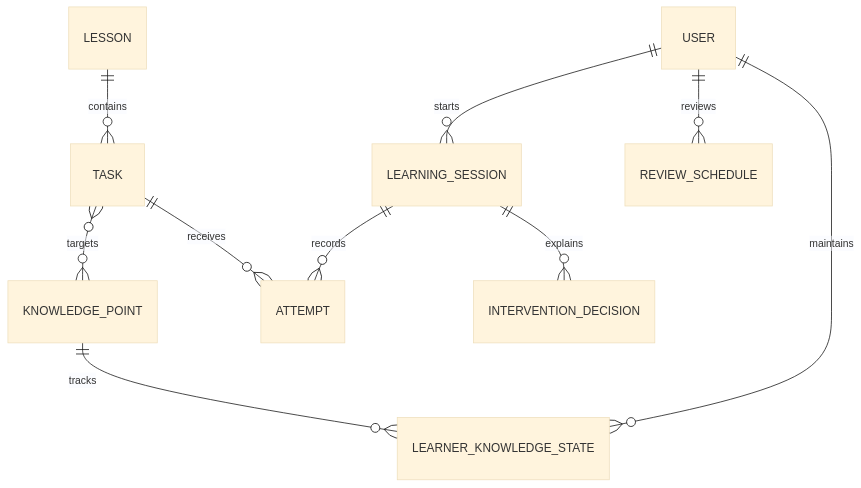
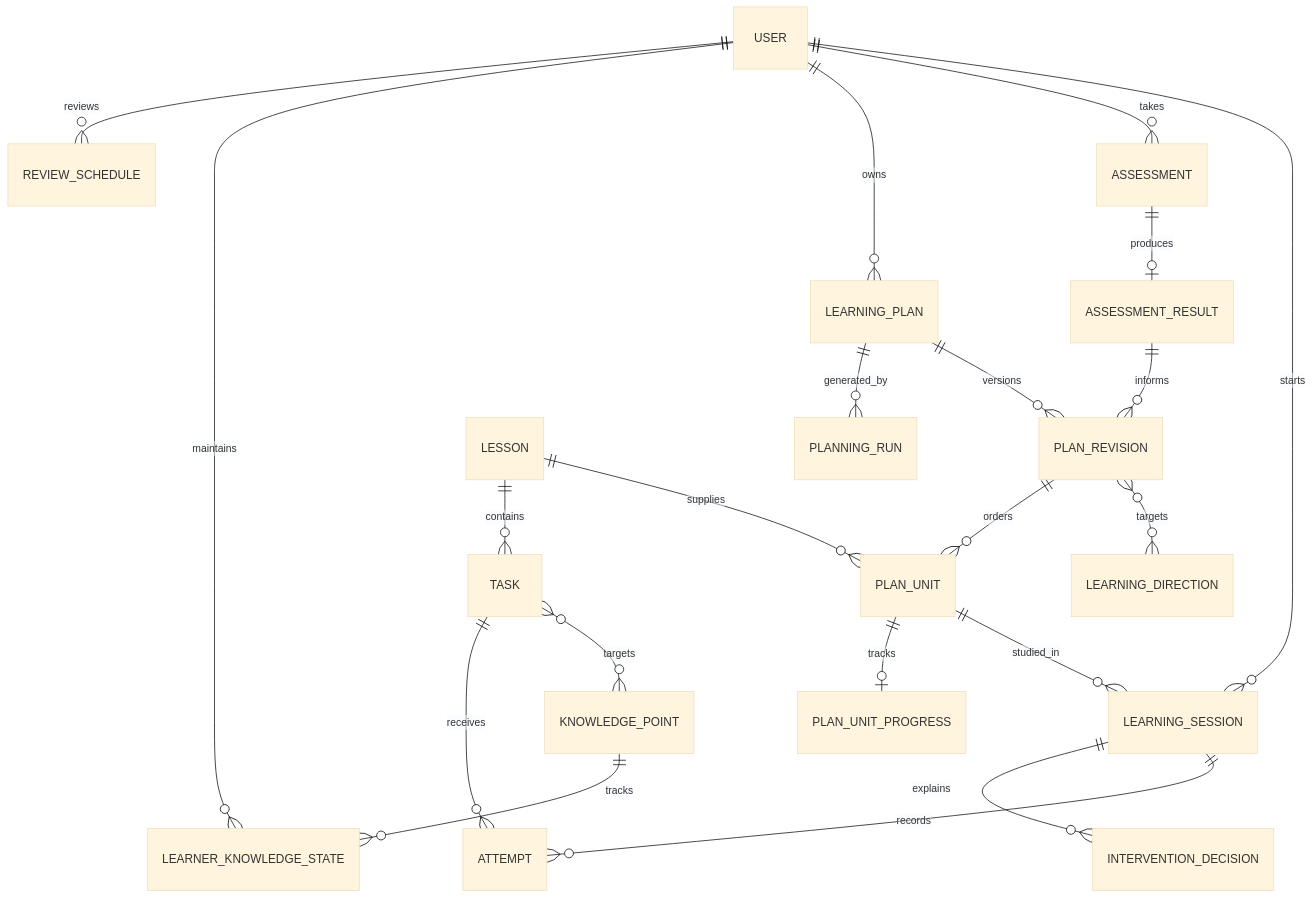
One commit to tianyew/OwlOwlGo-ECNU changed the diagram in docs/software/data-model.md. Above: the diagram before and after it, drawn with Mermaid (base theme). The commit also changed other lines of this file and 5 other files, not shown here.

````diff
--- a/docs/software/data-model.md
+++ b/docs/software/data-model.md
@@ -22,12 +34,23 @@
 ```mermaid
 erDiagram
   USER ||--o{ LEARNING_SESSION : starts
+  USER ||--o{ ASSESSMENT : takes
+  ASSESSMENT ||--o| ASSESSMENT_RESULT : produces
+  USER ||--o{ LEARNING_PLAN : owns
+  LEARNING_PLAN ||--o{ PLAN_REVISION : versions
+  ASSESSMENT_RESULT ||--o{ PLAN_REVISION : informs
+  PLAN_REVISION }o--o{ LEARNING_DIRECTION : targets
+  PLAN_REVISION ||--o{ PLAN_UNIT : orders
+  LESSON ||--o{ PLAN_UNIT : supplies
+  PLAN_UNIT ||--o{ LEARNING_SESSION : studied_in
+  PLAN_UNIT ||--o| PLAN_UNIT_PROGRESS : tracks
+  LEARNING_PLAN ||--o{ PLANNING_RUN : generated_by
   LESSON ||--o{ TASK : contains
   TASK }o--o{ KNOWLEDGE_POINT : targets
   LEARNING_SESSION ||--o{ ATTEMPT : records
   TASK ||--o{ ATTEMPT : receives
   USER ||--o{ LEARNER_KNOWLEDGE_STATE : maintains
   KNOWLEDGE_POINT ||--o{ LEARNER_KNOWLEDGE_STATE : tracks
   LEARNING_SESSION ||--o{ INTERVENTION_DECISION : explains
   USER ||--o{ REVIEW_SCHEDULE : reviews
 ```
````
